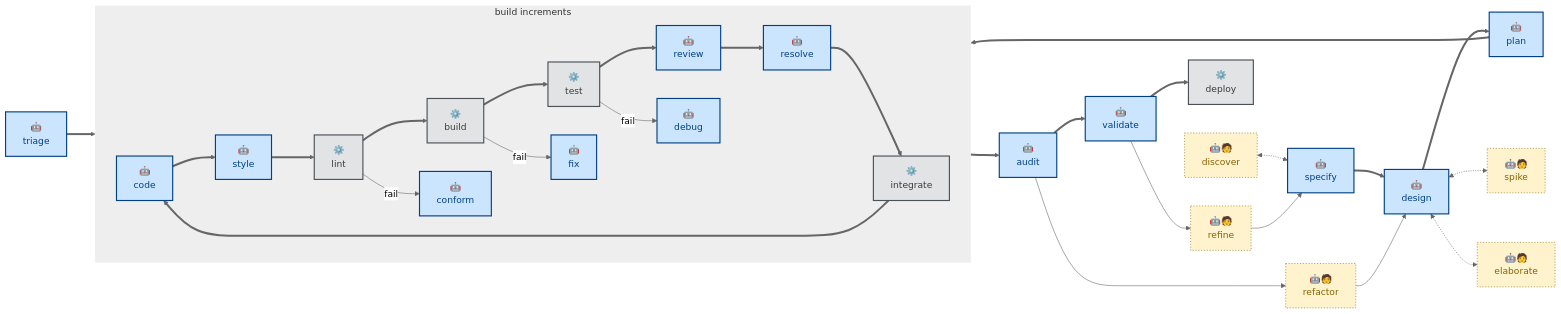
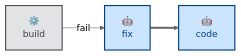
Before and after one commit to kieranpotts/skills: the diagram in skills/fix/README.md, drawn with Mermaid (neutral theme). The commit also changed other lines of this file and 25 other files, not shown here.

````diff
--- a/skills/fix/README.md
+++ b/skills/fix/README.md
@@ -15,73 +32,16 @@
 ```mermaid
 flowchart LR
   %% Node labels and classes.
-  discover["🤖🧑\ndiscover"]:::anthropic
-  specify["🤖\nspecify"]:::agentic
-  design["🤖\ndesign"]:::agentic
-  triage["🤖\ntriage"]:::agentic
-  plan["🤖\nplan"]:::agentic
+  build["⚙️\nbuild"]:::scripted
+  fix["🤖\nfix"]:::agentic
   code["🤖\ncode"]:::agentic
-  styleSkill["🤖\nstyle"]:::agentic
-  lint["⚙️\nlint"]:::scripted
-  review["🤖\nreview"]:::agentic
-  resolve["🤖\nresolve"]:::agentic
-  build["⚙️\nbuild"]:::scripted
-  test["⚙️\ntest"]:::scripted
-  integrate["⚙️\nintegrate"]:::scripted
-  audit["🤖\naudit"]:::agentic
-  validate["🤖\nvalidate"]:::agentic
-  deploy["⚙️\ndeploy"]:::scripted
-
-  conform["🤖\nconform"]:::agentic
-  fix["🤖\nfix"]:::agentic
-  debug["🤖\ndebug"]:::agentic
-
-  spike["🤖🧑\nspike"]:::anthropic
-  elaborate["🤖🧑\nelaborate"]:::anthropic
-  refactor["🤖🧑\nrefactor"]:::anthropic
-  refine["🤖🧑\nrefine"]:::anthropic
 
   %% Main workflow sequence.
-  specify ==> design
-  design ==> plan
-  triage ==> code
-  plan ==> code
-  subgraph build_increments [build increments]
-    direction LR
-    code ==> styleSkill
-    styleSkill ==> lint
-    lint ==> build
-    build ==> test
-    test ==> review
-    review ==> resolve
-    resolve ==> integrate
-    integrate ==> code
-
-    %% Failures.
-    lint -- fail --> conform
-    build -- fail --> fix
-    test -- fail --> debug
-  end
-  integrate ==> audit
-  audit ==> validate
-  validate ==> deploy
-
-  %% Callouts to helpers.
-  discover <-.-> specify
-  design <-.-> spike
-  design <-.-> elaborate
-
-  %% Feedback loops.
-  audit --> refactor
-  refactor --> design
-  validate --> refine
-  refine --> specify
+  build -- fail --> fix
+  fix ==> code
 
   %% Class definitions.
   classDef agentic fill:#cce5ff,stroke:#004085,color:#004085,stroke-width:2px
   classDef scripted fill:#e2e3e5,stroke:#4b5157,color:#383d41,stroke-width:2px
   classDef anthropic fill:#fff3cd,stroke:#856404,color:#856404,stroke-width:1px,stroke-dasharray:2 3
-
-  %% Subgraph (loop) border styling.
-  style build_increments fill:#EEEEEE,stroke-width:0px
 ```
````
